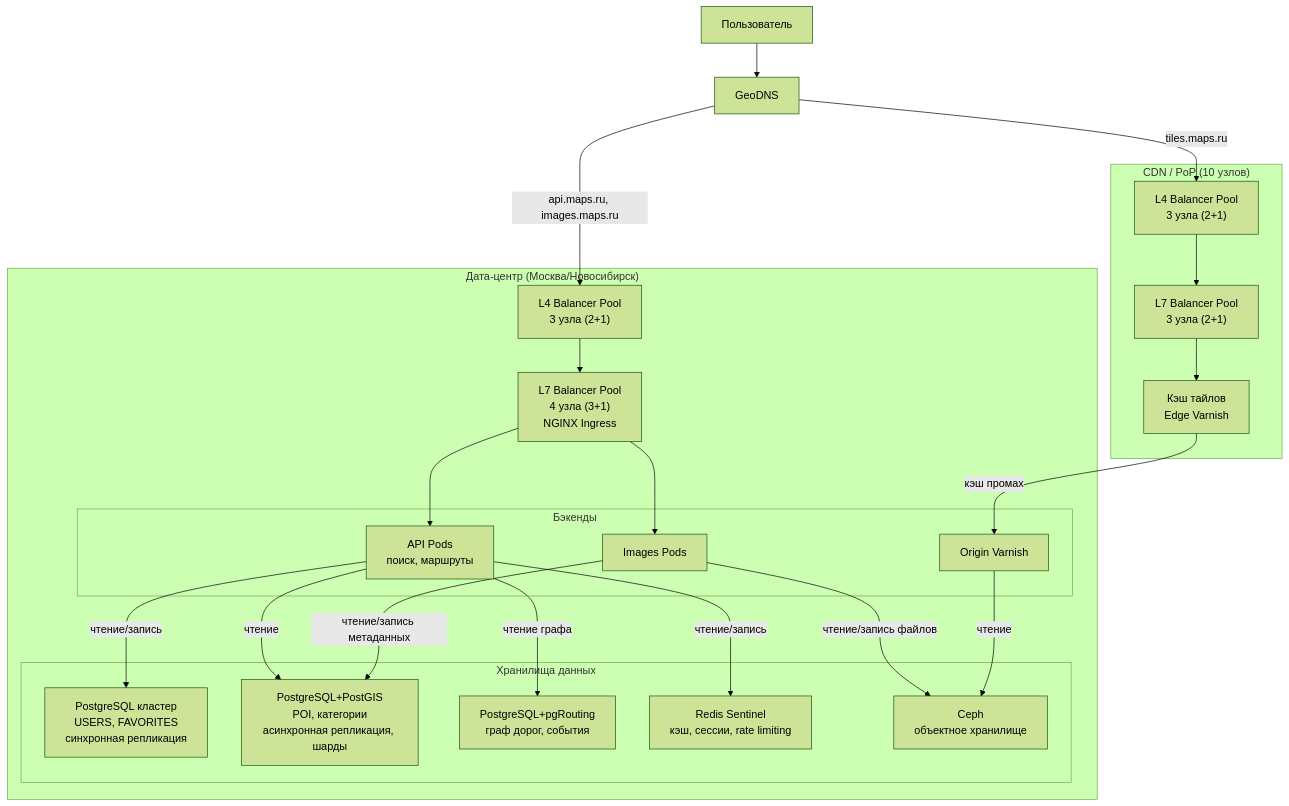
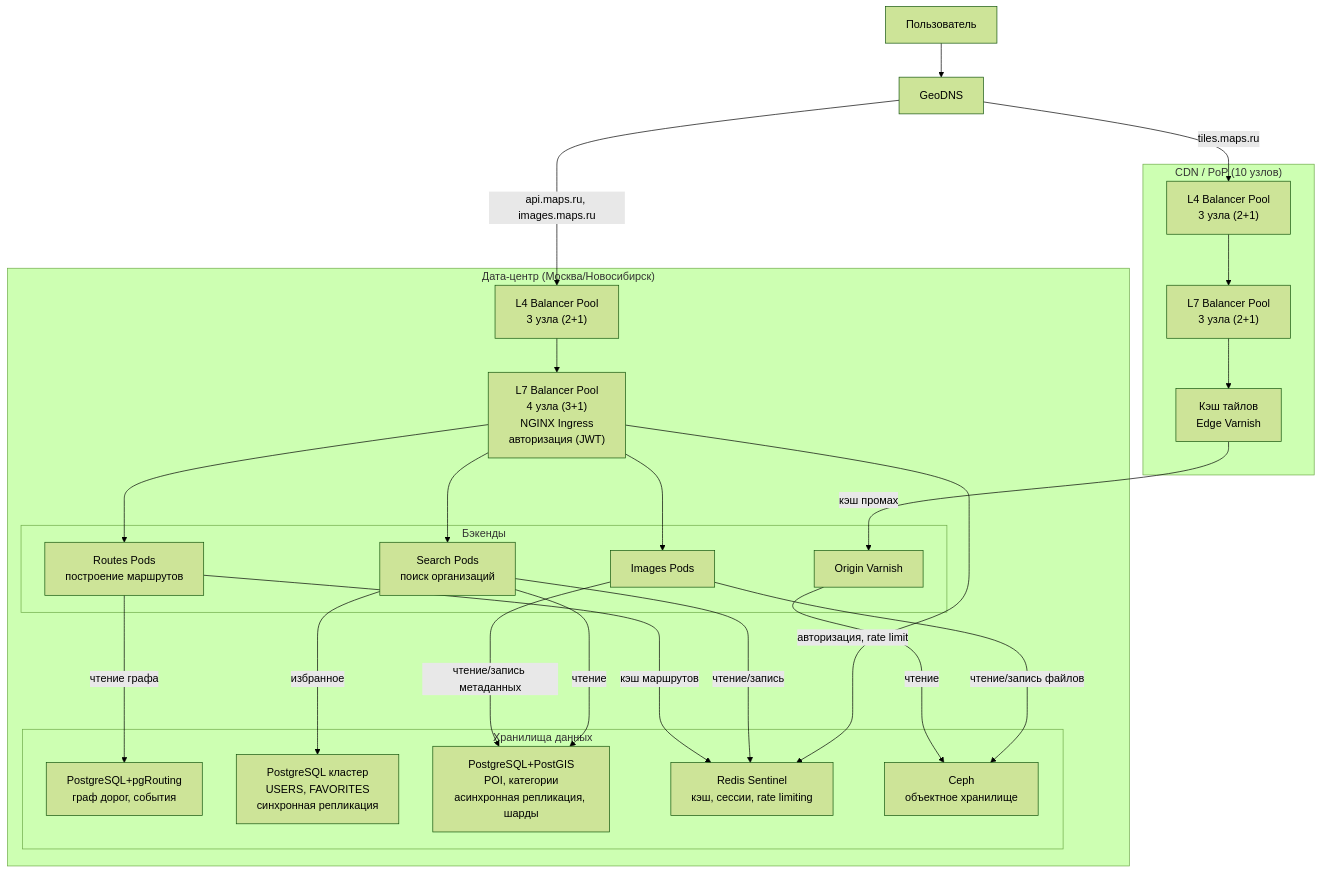
One commit to Baps0n/hse-highload changed the eighth of 12 diagrams in README.md. Above: the diagram before and after it, drawn with Mermaid (forest theme). The commit also changed other lines of this file, not shown here.

````diff
--- a/README.md
+++ b/README.md
@@ -711,54 +715,59 @@
 ```mermaid
 flowchart TD
     User[Пользователь]
     DNS[GeoDNS]
 
     subgraph CDN["CDN / PoP (10 узлов)"]
         L4_PoP["L4 Balancer Pool<br/>3 узла (2+1)"]
         L7_PoP["L7 Balancer Pool<br/>3 узла (2+1)"]
         Cache_Tiles["Кэш тайлов<br/>Edge Varnish"]
     end
 
     subgraph DC["Дата‑центр (Москва/Новосибирск)"]
         L4_DC["L4 Balancer Pool<br/>3 узла (2+1)"]
-        L7_DC["L7 Balancer Pool<br/>4 узла (3+1)<br/>NGINX Ingress"]
+        L7_DC["L7 Balancer Pool<br/>4 узла (3+1)<br/>NGINX Ingress<br/>авторизация (JWT)"]
         
-        
-
         subgraph Backends["Бэкенды"]
-            API_Pods["API Pods<br/>поиск, маршруты"]
+            Routes_Pods["Routes Pods<br/>построение маршрутов"]
+            Search_Pods["Search Pods<br/>поиск организаций"]
+            
             Images_Pods["Images Pods"]
             Origin["Origin Varnish"]
         end
 
         subgraph Data["Хранилища данных"]
+            Postgres_Road["PostgreSQL+pgRouting<br/>граф дорог, события"]
             Postgres_Users["PostgreSQL кластер<br/>USERS, FAVORITES<br/>синхронная репликация"]
             Postgres_POI["PostgreSQL+PostGIS<br/>POI, категории<br/>асинхронная репликация, шарды"]
-            Postgres_Road["PostgreSQL+pgRouting<br/>граф дорог, события"]
+            
             Redis["Redis Sentinel<br/>кэш, сессии, rate limiting"]
             Ceph["Ceph<br/>объектное хранилище"]
         end
     end
 
     User --> DNS
     DNS -->|"tiles.maps.ru"| L4_PoP
     DNS -->|"api.maps.ru, images.maps.ru"| L4_DC
 
-
     L4_PoP --> L7_PoP
     L7_PoP --> Cache_Tiles
     Cache_Tiles -->|кэш промах| Origin
 
     L4_DC --> L7_DC
-    L7_DC --> API_Pods
+    L7_DC -->|авторизация, rate limit| Redis
+    L7_DC --> Search_Pods
+    L7_DC --> Routes_Pods
     L7_DC --> Images_Pods
 
-    API_Pods -->|"чтение/запись"| Redis
-    API_Pods -->|"чтение/запись"| Postgres_Users
-    API_Pods -->|чтение| Postgres_POI
-    API_Pods -->|"чтение графа"| Postgres_Road
-    Images_Pods -->|"чтение/запись метаданных"|Postgres_POI
+    Search_Pods -->|"чтение/запись"| Redis
+    Search_Pods -->|"чтение"| Postgres_POI
+    Search_Pods -->|"избранное"| Postgres_Users
+
+    Routes_Pods -->|"чтение графа"| Postgres_Road
+    Routes_Pods -->|"кэш маршрутов"| Redis
+
+    Images_Pods -->|"чтение/запись метаданных"| Postgres_POI
     Images_Pods -->|"чтение/запись файлов"| Ceph
 
-    Origin -->|чтение| Ceph
+    Origin --->|чтение| Ceph
 ```
````
